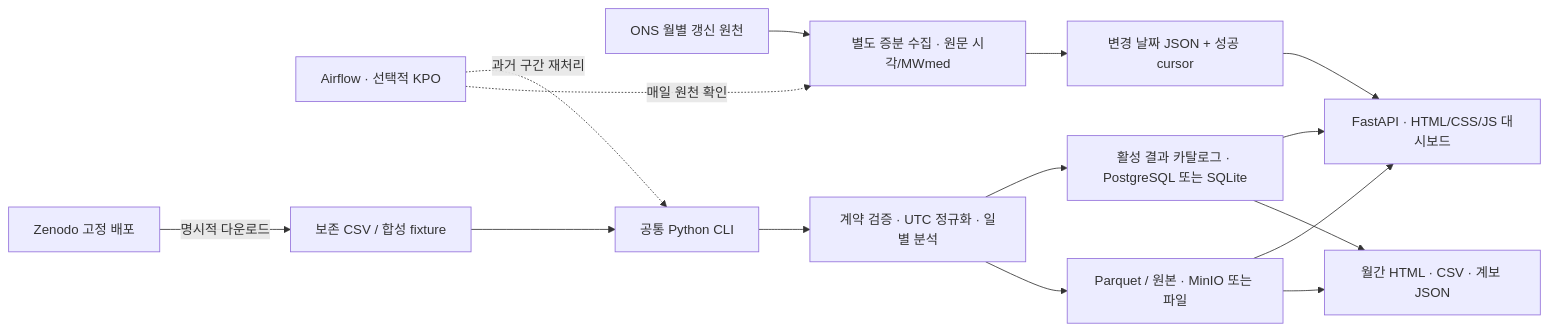
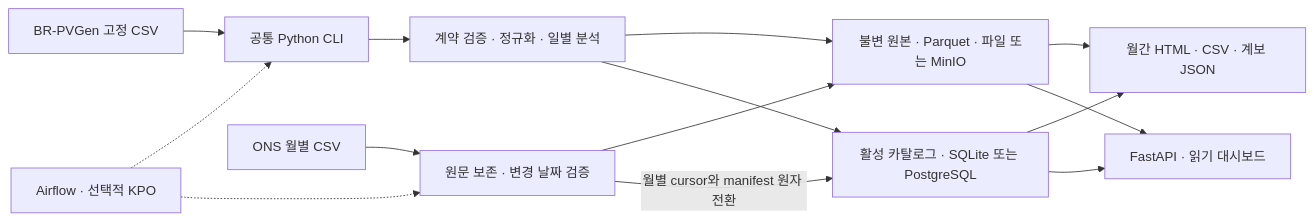
One commit to TaeyanG4/solarops-audit changed the diagram in README.md. Above: the diagram before and after it, drawn with Mermaid. The commit also changed other lines of this file and 32 other files, not shown here.

````diff
--- a/README.md
+++ b/README.md
@@ -157,17 +54,16 @@
 ```mermaid
 flowchart LR
-    ONS[ONS 월별 갱신 원천] --> INC[별도 증분 수집 · 원문 시각/MWmed]
-    INC --> CUR[변경 날짜 JSON + 성공 cursor]
-    CUR --> G
-    H -.->|매일 원천 확인| INC
-    Z[Zenodo 고정 배포] -->|명시적 다운로드| A[보존 CSV / 합성 fixture]
-    A --> B[공통 Python CLI]
-    H[Airflow · 선택적 KPO] -.->|과거 구간 재처리| B
-    B --> C[계약 검증 · UTC 정규화 · 일별 분석]
-    C --> D[Parquet / 원본 · MinIO 또는 파일]
-    C --> E[활성 결과 카탈로그 · PostgreSQL 또는 SQLite]
-    D --> F[월간 HTML · CSV · 계보 JSON]
-    E --> F
-    E --> G[FastAPI · HTML/CSS/JS 대시보드]
-    D --> G
+    BR[BR-PVGen 고정 CSV] --> CLI[공통 Python CLI]
+    CLI --> V[계약 검증 · 정규화 · 일별 분석]
+    V --> OBJ[불변 원본 · Parquet · 파일 또는 MinIO]
+    V --> CAT[활성 카탈로그 · SQLite 또는 PostgreSQL]
+    ONS[ONS 월별 CSV] --> INC[원문 보존 · 변경 날짜 검증]
+    INC --> OBJ
+    INC -->|월별 cursor와 manifest 원자 전환| CAT
+    AF[Airflow · 선택적 KPO] -.-> CLI
+    AF -.-> INC
+    OBJ --> REP[월간 HTML · CSV · 계보 JSON]
+    CAT --> REP
+    CAT --> API[FastAPI · 읽기 대시보드]
+    OBJ --> API
 ```
````
